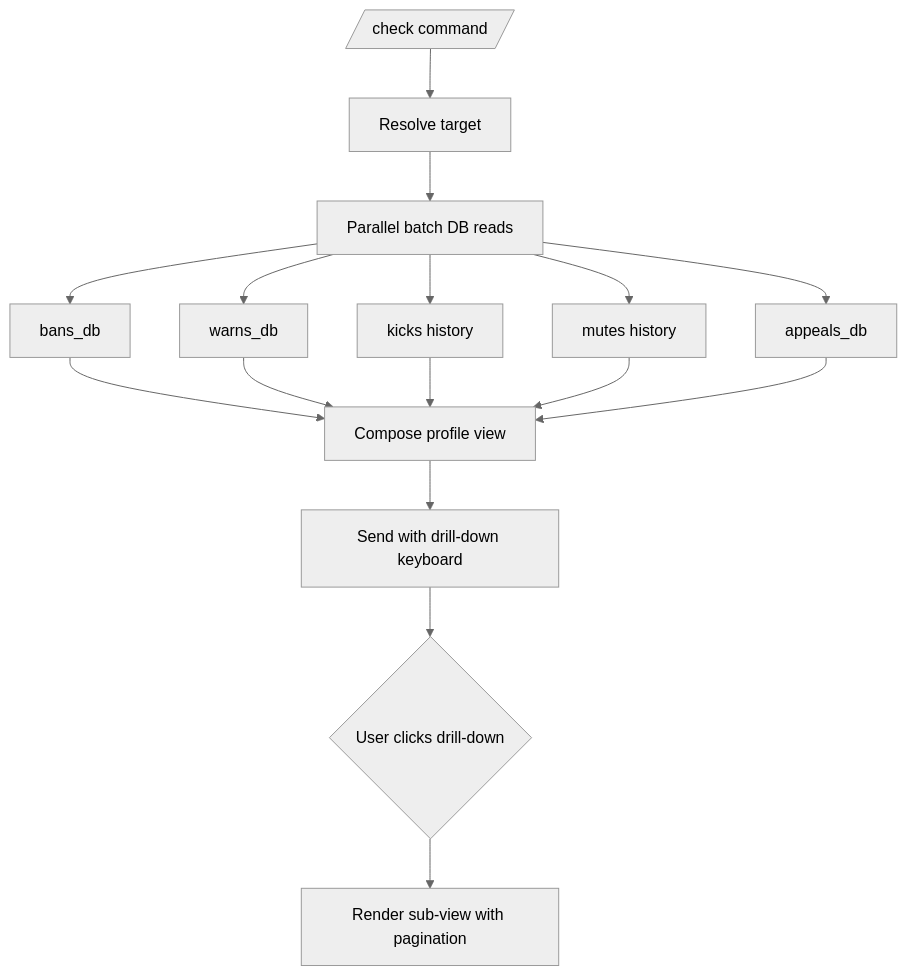
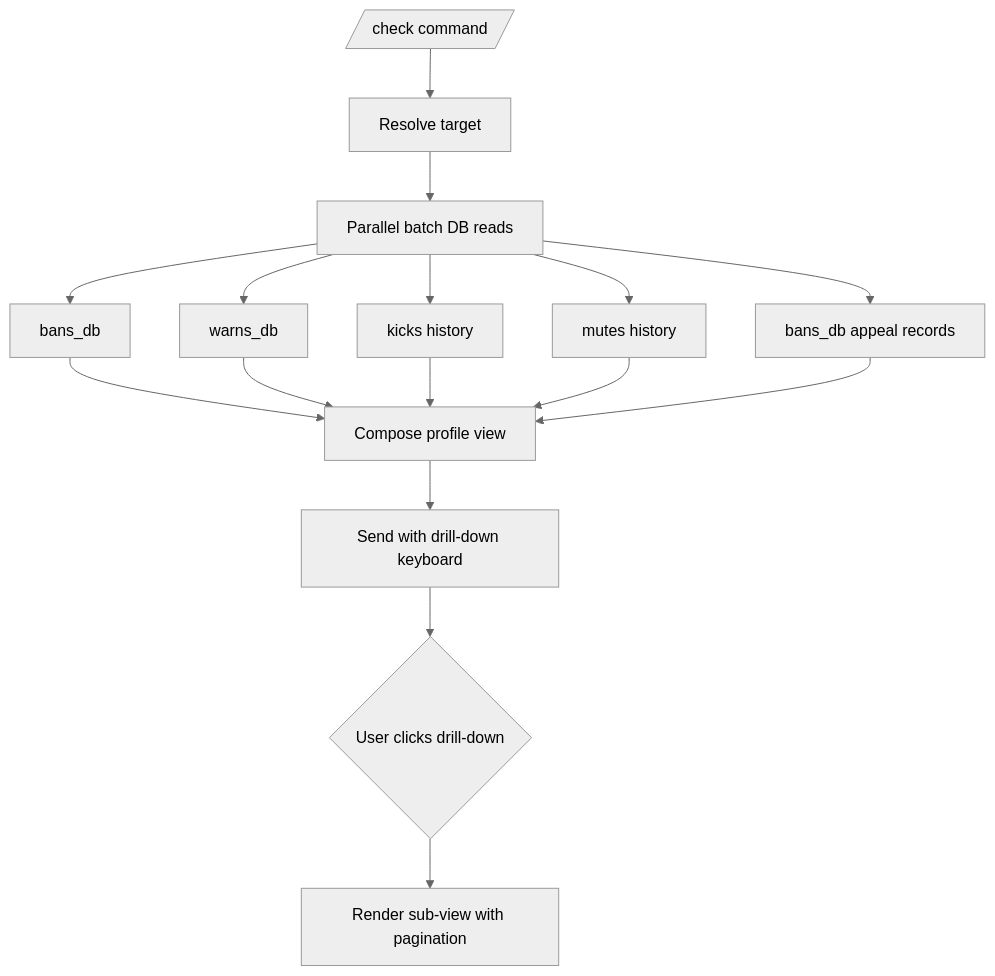
Before and after one commit to D1ZZY4/tgbot_tcf: the diagram in docs/features/moderation/check.md, drawn with Mermaid (neutral theme). The commit also changed 6 other files, not shown here.

````diff
--- a/docs/features/moderation/check.md
+++ b/docs/features/moderation/check.md
@@ -11,14 +11,14 @@
 ```mermaid
 flowchart TD
     Cmd[/check command/] --> Resolve[Resolve target]
     Resolve --> Parallel[Parallel batch DB reads]
     Parallel --> Bans[bans_db]
     Parallel --> Warns[warns_db]
     Parallel --> Kicks[kicks history]
     Parallel --> Mutes[mutes history]
-    Parallel --> Appeals[appeals_db]
+    Parallel --> Appeals[bans_db appeal records]
     Bans & Warns & Kicks & Mutes & Appeals --> Compose[Compose profile view]
     Compose --> Render[Send with drill-down keyboard]
     Render --> Callback{User clicks drill-down}
     Callback --> SubView[Render sub-view with pagination]
 ```
````
